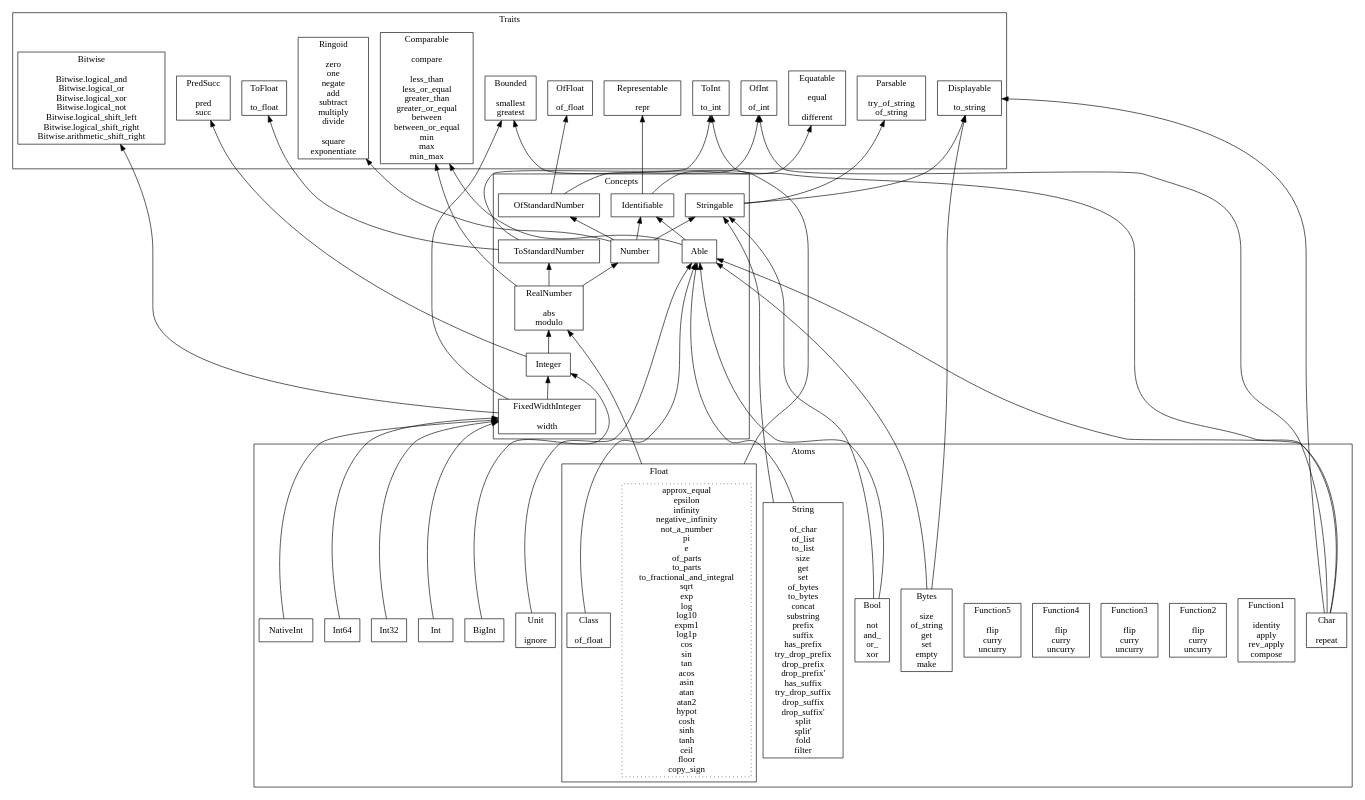
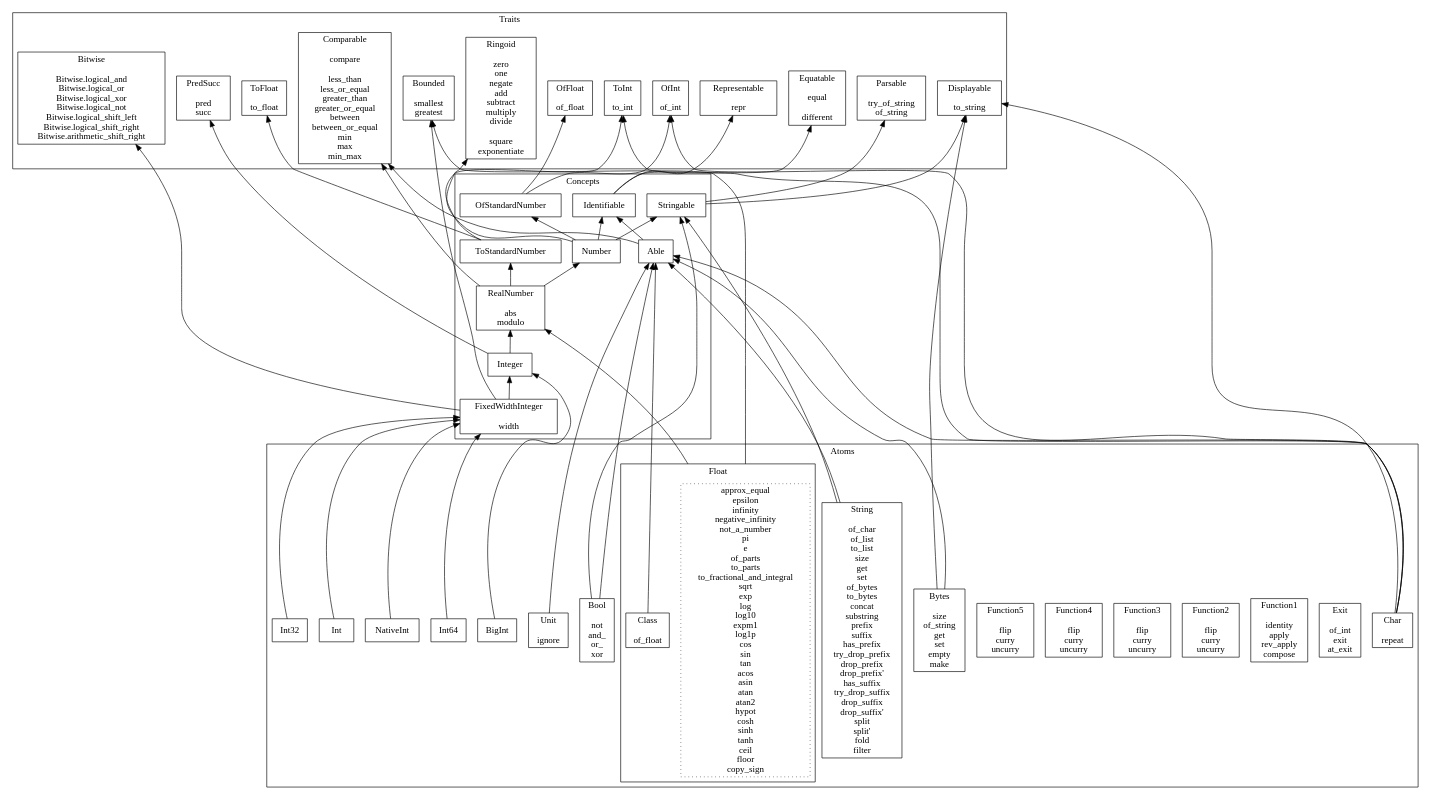
One commit to jacquev6/General changed the diagram in src/Generated/Facets.dot. Above: the diagram before and after it, drawn with Graphviz. The commit also changed 10 other files, not shown here.

```diff
--- a/src/Generated/Facets.dot
+++ b/src/Generated/Facets.dot
@@ -1,101 +1,102 @@
 digraph {
   compound=true
   rankdir="BT"
   node [shape="box"]
   subgraph cluster_Traits {
     label="Traits"
     labelloc="b"
     representable [label="Representable\n\nrepr"]
     equatable [label="Equatable\n\nequal\n\ndifferent"]
     displayable [label="Displayable\n\nto_string"]
     parsable [label="Parsable\n\ntry_of_string\nof_string"]
     comparable [label="Comparable\n\ncompare\n\nless_than\nless_or_equal\ngreater_than\ngreater_or_equal\nbetween\nbetween_or_equal\nmin\nmax\nmin_max"]
     ringoid [label="Ringoid\n\nzero\none\nnegate\nadd\nsubtract\nmultiply\ndivide\n\nsquare\nexponentiate"]
     ofint [label="OfInt\n\nof_int"]
     toint [label="ToInt\n\nto_int"]
     offloat [label="OfFloat\n\nof_float"]
     tofloat [label="ToFloat\n\nto_float"]
     predsucc [label="PredSucc\n\npred\nsucc"]
     bounded [label="Bounded\n\nsmallest\ngreatest"]
     bitwise [label="Bitwise\n\nBitwise.logical_and\nBitwise.logical_or\nBitwise.logical_xor\nBitwise.logical_not\nBitwise.logical_shift_left\nBitwise.logical_shift_right\nBitwise.arithmetic_shift_right"]
   }
   subgraph cluster_Concepts {
     label="Concepts"
     labelloc="b"
     identifiable [label="Identifiable"]
     able [label="Able"]
     stringable [label="Stringable"]
     ofstandardnumber [label="OfStandardNumber"]
     number [label="Number"]
     tostandardnumber [label="ToStandardNumber"]
     realnumber [label="RealNumber\n\nabs\nmodulo"]
     integer [label="Integer"]
     fixedwidthinteger [label="FixedWidthInteger\n\nwidth"]
   }
   subgraph cluster_Atoms {
     label="Atoms"
     labelloc="b"
+    exit [label="Exit\n\nof_int\nexit\nat_exit"]
     function1 [label="Function1\n\nidentity\napply\nrev_apply\ncompose"]
     function2 [label="Function2\n\nflip\ncurry\nuncurry"]
     function3 [label="Function3\n\nflip\ncurry\nuncurry"]
     function4 [label="Function4\n\nflip\ncurry\nuncurry"]
     function5 [label="Function5\n\nflip\ncurry\nuncurry"]
     unit [label="Unit\n\nignore"]
     bool [label="Bool\n\nnot\nand_\nor_\nxor"]
     char [label="Char\n\nrepeat"]
     int [label="Int"]
     int32 [label="Int32"]
     int64 [label="Int64"]
     nativeint [label="NativeInt"]
     bigint [label="BigInt"]
     subgraph cluster_Float {
       label="Float"
       labelloc="b"
       float [style="dotted",label="approx_equal\nepsilon\ninfinity\nnegative_infinity\nnot_a_number\npi\ne\nof_parts\nto_parts\nto_fractional_and_integral\nsqrt\nexp\nlog\nlog10\nexpm1\nlog1p\ncos\nsin\ntan\nacos\nasin\natan\natan2\nhypot\ncosh\nsinh\ntanh\nceil\nfloor\ncopy_sign"]
       float_class [label="Class\n\nof_float"]
     }
     string [label="String\n\nof_char\nof_list\nto_list\nsize\nget\nset\nof_bytes\nto_bytes\nconcat\nsubstring\nprefix\nsuffix\nhas_prefix\ntry_drop_prefix\ndrop_prefix\ndrop_prefix'\nhas_suffix\ntry_drop_suffix\ndrop_suffix\ndrop_suffix'\nsplit\nsplit'\nfold\nfilter"]
     bytes [label="Bytes\n\nsize\nof_string\nget\nset\nempty\nmake"]
   }
   identifiable -> equatable
   identifiable -> representable
   able -> identifiable
   able -> comparable
   stringable -> displayable
   stringable -> parsable
   ofstandardnumber -> ofint
   ofstandardnumber -> offloat
   number -> identifiable
   number -> stringable
   number -> ringoid
   number -> ofstandardnumber
   tostandardnumber -> toint
   tostandardnumber -> tofloat
   realnumber -> number
   realnumber -> comparable
   realnumber -> tostandardnumber
   integer -> realnumber
   integer -> predsucc
   fixedwidthinteger -> integer
   fixedwidthinteger -> bounded
   fixedwidthinteger -> bitwise
   unit -> able
   bool -> able
   bool -> stringable
   char -> able
   char -> displayable
   char -> ofint
   char -> toint
   int -> fixedwidthinteger
   int32 -> fixedwidthinteger
   int64 -> fixedwidthinteger
   nativeint -> fixedwidthinteger
   bigint -> integer
   float -> realnumber [ltail="cluster_Float"]
   float -> bounded [ltail="cluster_Float"]
   float_class -> able
   string -> able
   string -> stringable
   bytes -> able
   bytes -> displayable
 }
```
